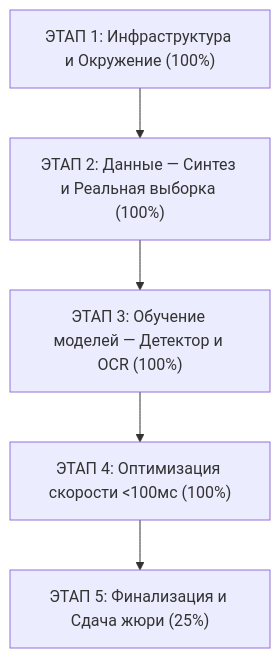
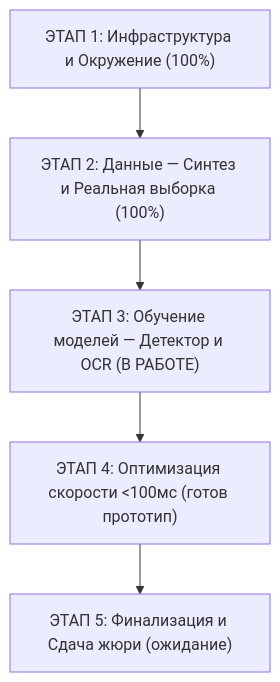
One commit to Vamsilver/OmniPlate-RU changed the diagram in MASTER_PLAN.md. Above: the diagram before and after it, drawn with Mermaid. The commit also changed 7 other files, not shown here.

````diff
--- a/MASTER_PLAN.md
+++ b/MASTER_PLAN.md
@@ -9,7 +9,7 @@
 ```mermaid
 flowchart TD
     S1["ЭТАП 1: Инфраструктура и Окружение (100%)"] --> S2["ЭТАП 2: Данные — Синтез и Реальная выборка (100%)"]
-    S2 --> S3["ЭТАП 3: Обучение моделей — Детектор и OCR (100%)"]
-    S3 --> S4["ЭТАП 4: Оптимизация скорости <100мс (100%)"]
-    S4 --> S5["ЭТАП 5: Финализация и Сдача жюри (25%)"]
+    S2 --> S3["ЭТАП 3: Обучение моделей — Детектор и OCR (В РАБОТЕ)"]
+    S3 --> S4["ЭТАП 4: Оптимизация скорости <100мс (готов прототип)"]
+    S4 --> S5["ЭТАП 5: Финализация и Сдача жюри (ожидание)"]
 ```
````
